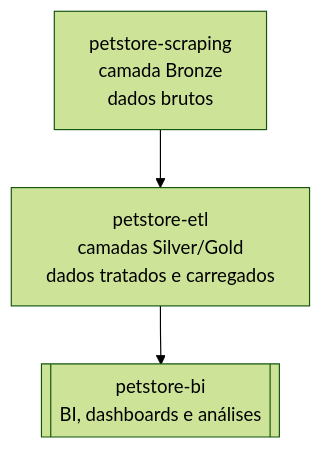
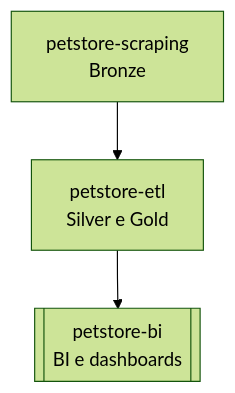
The diagram in README.MD (rafa-trindade/petstore-scraping), drawn with Mermaid (forest theme) before and after one commit.

````diff
--- a/README.MD
+++ b/README.MD
@@ -35,5 +35,5 @@
 ```mermaid
 graph TD
-    A[petstore-scraping<br>camada Bronze<br>dados brutos] --> B[petstore-etl<br>camadas Silver/Gold<br>dados tratados e carregados]
-    B --> C[[petstore-bi<br>BI, dashboards e análises]]
+    A[petstore-scraping<br>Bronze] --> B[petstore-etl<br>Silver e Gold]
+    B --> C[[petstore-bi<br>BI e dashboards]]
 ```
````
